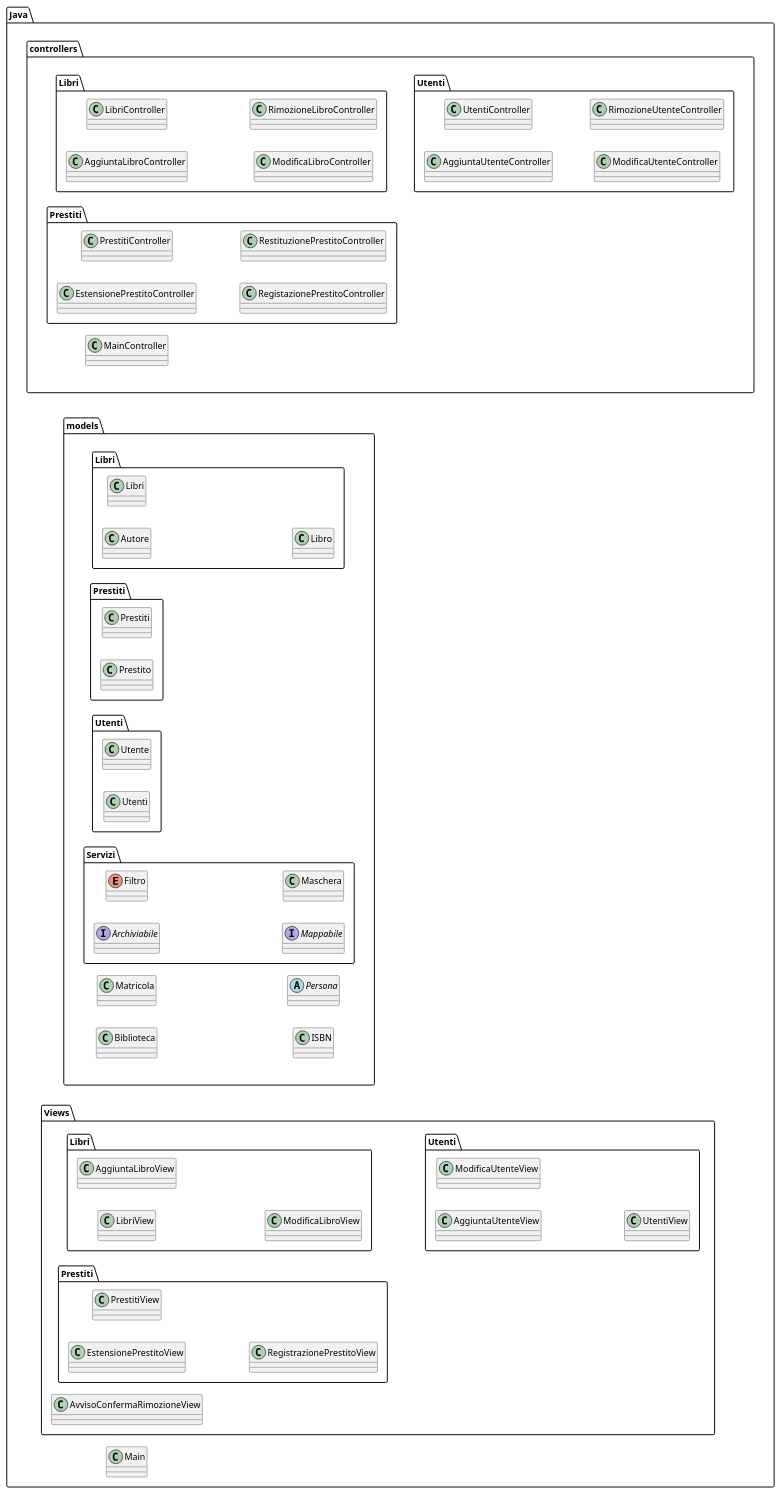
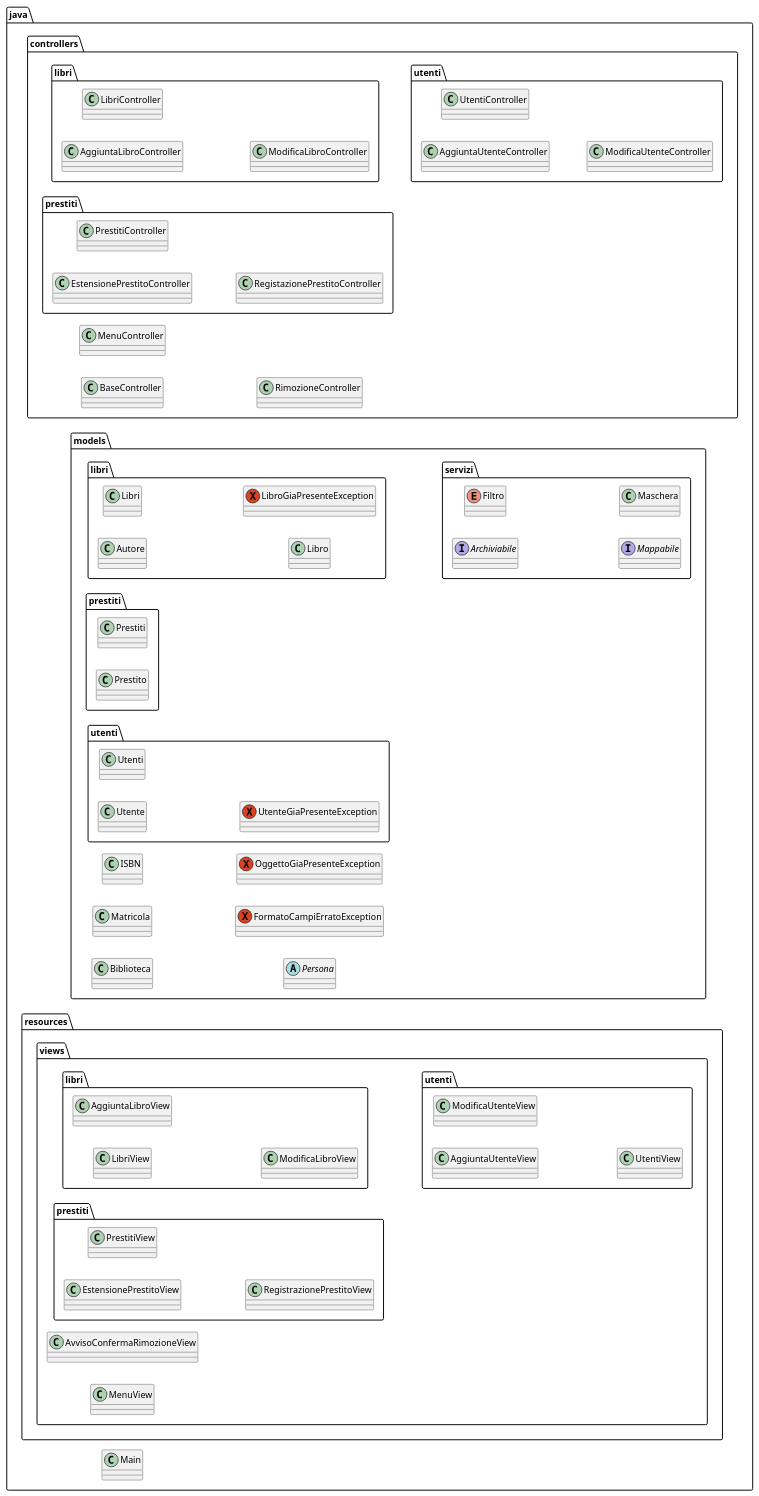
Before and after one commit to TitanVoid/ProgSE-Biblioteca: the diagram in documents/DiagrammiUML/DiagrammiPackage/diagrammaDeiPackage.puml, drawn with PlantUML. The commit also changed 5 other files, not shown here.

Commit message:
Modifica diagrammi

```diff
--- a/documents/DiagrammiUML/DiagrammiPackage/diagrammaDeiPackage.puml
+++ b/documents/DiagrammiUML/DiagrammiPackage/diagrammaDeiPackage.puml
@@ -1,92 +1,97 @@
 @startuml
 left to right direction
 
-package Java{
-	class Main{}
+package java{
+	class Main
 	
 	package controllers{
 		
-		class MainController
+		class BaseController
+		class MenuController
+		class RimozioneController
 		
-		package Libri{
+		package libri{
 			class AggiuntaLibroController
 			class LibriController
 			class ModificaLibroController
-			class RimozioneLibroController
 		}
 		
-		package Prestiti{
+		package prestiti{
 			class EstensionePrestitoController
 			class PrestitiController
 			class RegistazionePrestitoController
-			class RestituzionePrestitoController
 		}
 		
-		package Utenti{
+		package utenti{
 			class AggiuntaUtenteController
 			class UtentiController
 			class ModificaUtenteController
-			class RimozioneUtenteController
 		}
 	
 	}
 	
 	package models{
 		
 		class Biblioteca
 		class Matricola
 		class ISBN
 		abstract Persona
+		exception FormatoCampiErratoException
+		exception OggettoGiaPresenteException
 		
-		package Libri{
+		package libri{
 			class Autore
 			class Libri
 			class Libro
+			exception LibroGiaPresenteException
 		}
 		
-		package Prestiti{
+		package prestiti{
 			class Prestiti
 			class Prestito
 		}
 		
-		package Utenti{
+		package utenti{
 			class Utente
 			class Utenti
+			exception UtenteGiaPresenteException
 		}
 		
-		package Servizi{
+		package servizi{
 			interface Archiviabile
 			enum Filtro
 			interface Mappabile
 			class Maschera
 		}
 	}
 	
-	
-	package Views{
-	
-		class AvvisoConfermaRimozioneView
+	package resources{
+		package views{
 		
-		package Libri{
-			class LibriView
-			class AggiuntaLibroView
-			class ModificaLibroView
-		}
-		
-		package Prestiti{
-			class EstensionePrestitoView
-			class PrestitiView
-			class RegistrazionePrestitoView
-		}
-		
-		package Utenti{
-			class AggiuntaUtenteView
-			class ModificaUtenteView
-			class UtentiView
+			class AvvisoConfermaRimozioneView
+			class MenuView
+			
+			package libri{
+				class LibriView
+				class AggiuntaLibroView
+				class ModificaLibroView
+			}
+			
+			package prestiti{
+				class EstensionePrestitoView
+				class PrestitiView
+				class RegistrazionePrestitoView
+			}
+			
+			package utenti{
+				class AggiuntaUtenteView
+				class ModificaUtenteView
+				class UtentiView
+			}
 		}
 	}
 }
-models -[hidden]> controllers
+'Models -[hidden]> Controllers
 
 
 @enduml
```
